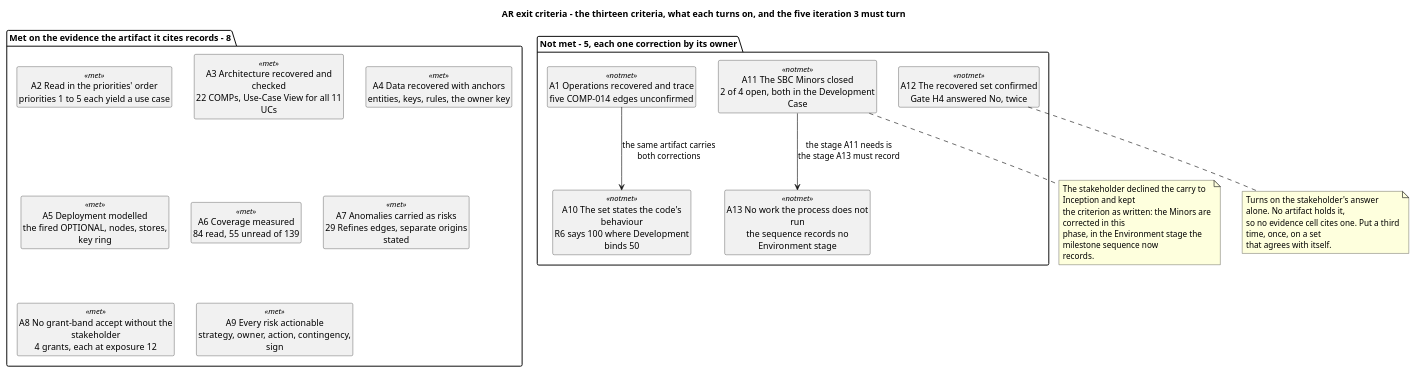
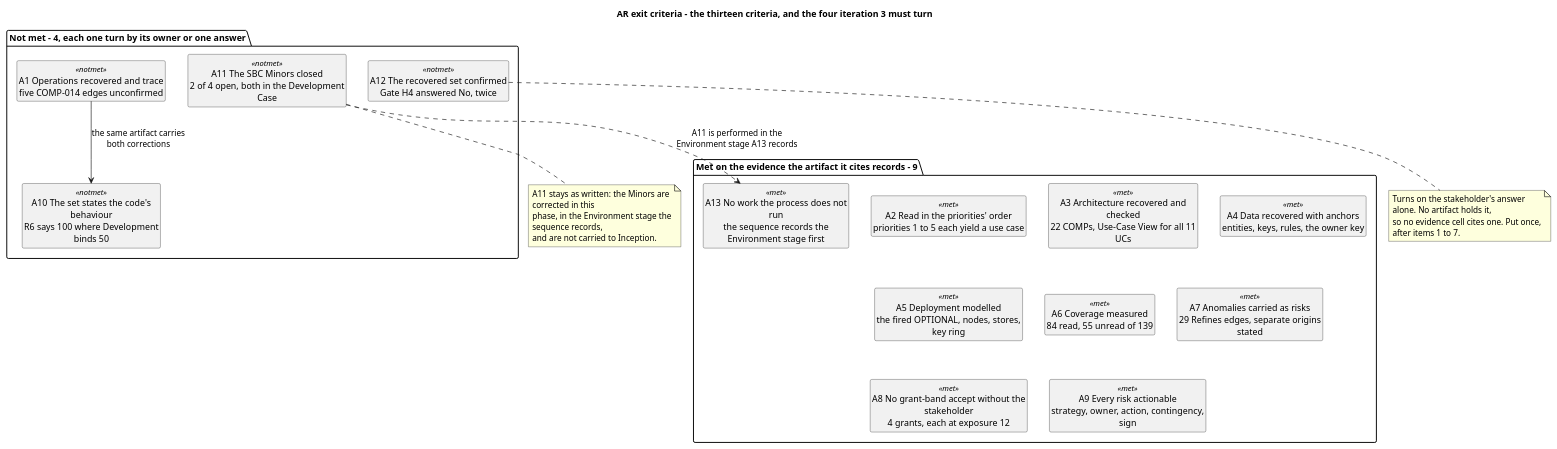
One commit to banense-test/TodoApp changed the fifth of 5 diagrams in docs/artifacts/project-management/iteration-plan.md. Above: the diagram before and after it, drawn with PlantUML. The commit also changed other lines of this file, not shown here.

Commit message:
Project Manager [Excavation3]: upsert Iteration Plan
[skip ci]

````diff
--- a/docs/artifacts/project-management/iteration-plan.md
+++ b/docs/artifacts/project-management/iteration-plan.md
@@ -383,44 +383,43 @@
 ```plantuml
 @startuml
-title AR exit criteria - the thirteen criteria, what each turns on, and the five iteration 3 must turn
+title AR exit criteria - the thirteen criteria, and the four iteration 3 must turn
+
 skinparam shadowing false
 skinparam classAttributeIconSize 0
 skinparam wrapWidth 250
 hide circle
 hide empty members
 
-package "Met on the evidence the artifact it cites records - 8" {
+package "Met on the evidence the artifact it cites records - 9" {
   class "A2 Read in the priorities' order\npriorities 1 to 5 each yield a use case" as A2 <<met>>
   class "A3 Architecture recovered and checked\n22 COMPs, Use-Case View for all 11 UCs" as A3 <<met>>
   class "A4 Data recovered with anchors\nentities, keys, rules, the owner key" as A4 <<met>>
   class "A5 Deployment modelled\nthe fired OPTIONAL, nodes, stores, key ring" as A5 <<met>>
   class "A6 Coverage measured\n84 read, 55 unread of 139" as A6 <<met>>
   class "A7 Anomalies carried as risks\n29 Refines edges, separate origins stated" as A7 <<met>>
   class "A8 No grant-band accept without the stakeholder\n4 grants, each at exposure 12" as A8 <<met>>
   class "A9 Every risk actionable\nstrategy, owner, action, contingency, sign" as A9 <<met>>
+  class "A13 No work the process does not run\nthe sequence records the Environment stage first" as A13 <<met>>
 }
 
-package "Not met - 5, each one correction by its owner" {
+package "Not met - 4, each one turn by its owner or one answer" {
   class "A1 Operations recovered and trace\nfive COMP-014 edges unconfirmed" as A1 <<notmet>>
   class "A10 The set states the code's behaviour\nR6 says 100 where Development binds 50" as A10 <<notmet>>
   class "A11 The SBC Minors closed\n2 of 4 open, both in the Development Case" as A11 <<notmet>>
   class "A12 The recovered set confirmed\nGate H4 answered No, twice" as A12 <<notmet>>
-  class "A13 No work the process does not run\nthe sequence records no Environment stage" as A13 <<notmet>>
 }
 
 A1 --> A10 : the same artifact carries\nboth corrections
-A11 --> A13 : the stage A11 needs is\nthe stage A13 must record
+A11 ..> A13 : A11 is performed in the\nEnvironment stage A13 records
 
 note bottom of A11
-  The stakeholder declined the carry to Inception and kept
-  the criterion as written: the Minors are corrected in this
-  phase, in the Environment stage the milestone sequence now
-  records.
+  A11 stays as written: the Minors are corrected in this
+  phase, in the Environment stage the sequence records,
+  and are not carried to Inception.
 end note
 note bottom of A12
   Turns on the stakeholder's answer alone. No artifact holds it,
-  so no evidence cell cites one. Put a third time, once, on a set
-  that agrees with itself.
+  so no evidence cell cites one. Put once, after items 1 to 7.
 end note
 @enduml
 ```
````
